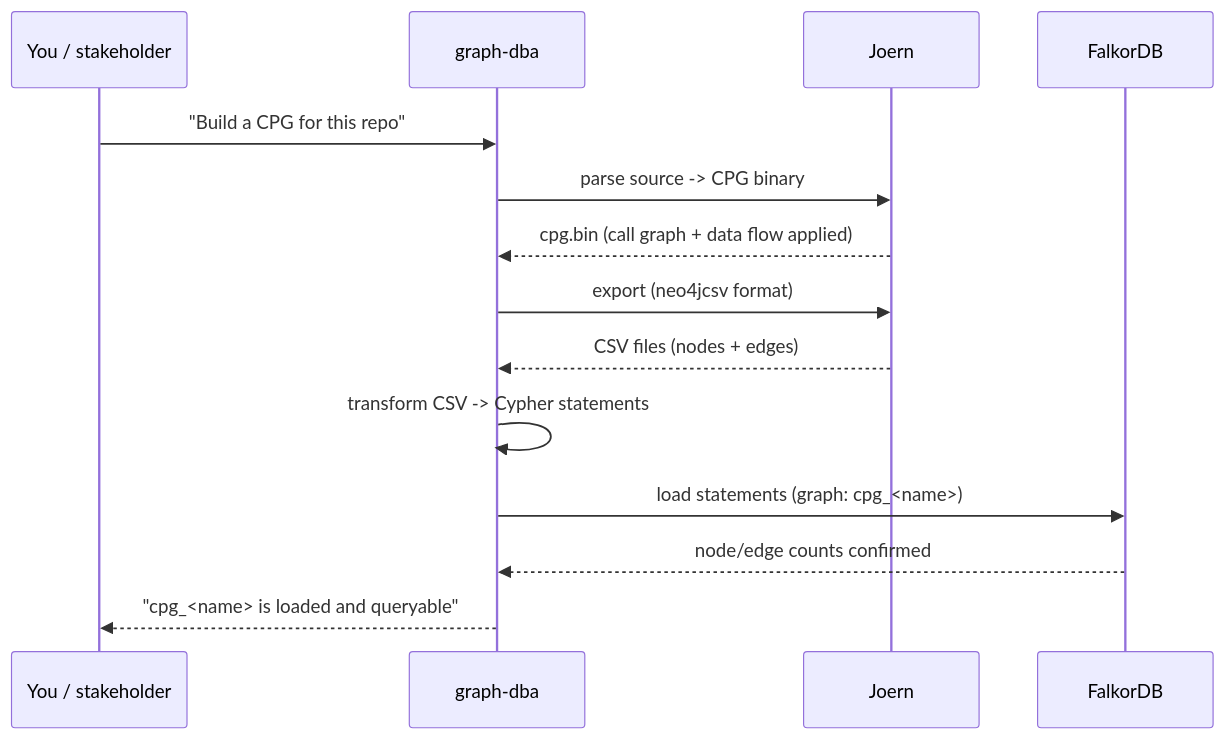
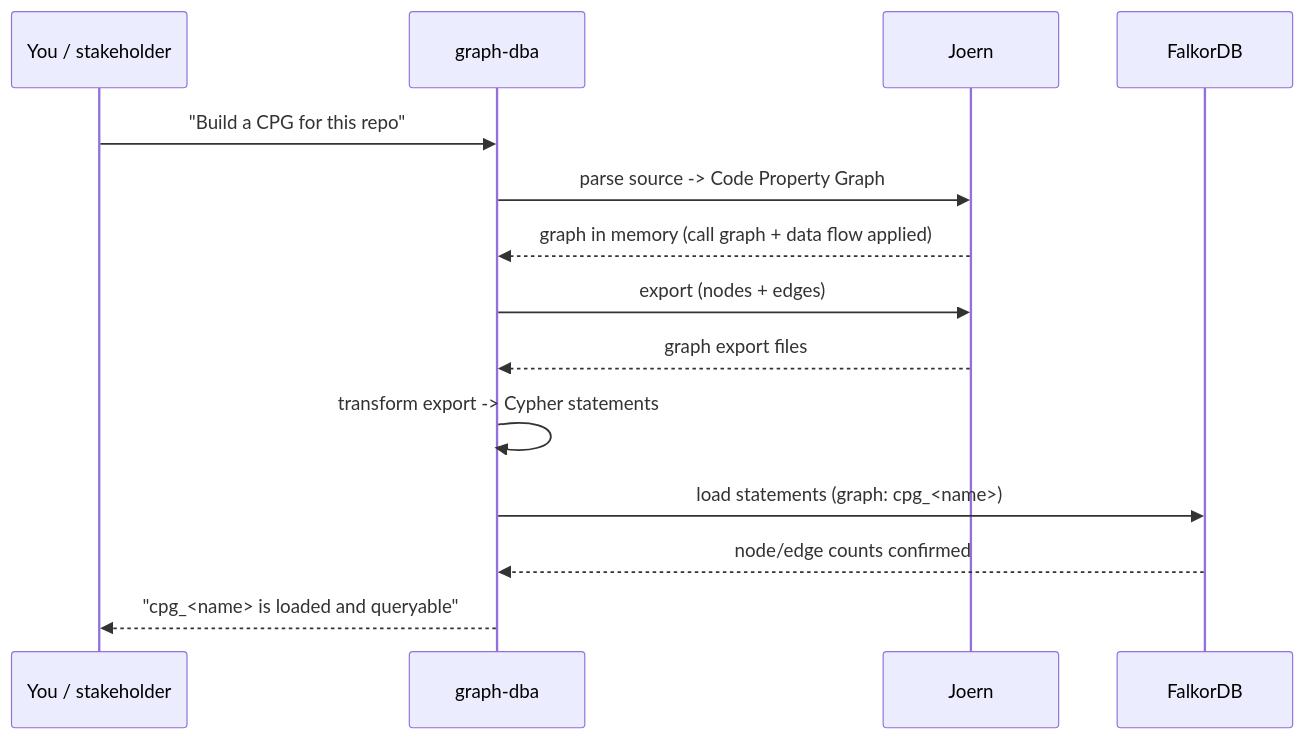
Before and after one commit to mauriciobs666/graphmind-ai-lab: the second of 3 diagrams in docs/manuals/cpg-getting-started.md, drawn with Mermaid. The commit also changed other lines of this file, not shown here.

First line of the commit message:
docs(manuals): fold analyst + qa-engineer verification findings into CPG manual

````diff
--- a/docs/manuals/cpg-getting-started.md
+++ b/docs/manuals/cpg-getting-started.md
@@ -81,17 +83,17 @@
 ```mermaid
 sequenceDiagram
     participant You as You / stakeholder
     participant GDBA as graph-dba
     participant Joern
     participant FalkorDB
 
     You->>GDBA: "Build a CPG for this repo"
-    GDBA->>Joern: parse source -> CPG binary
-    Joern-->>GDBA: cpg.bin (call graph + data flow applied)
-    GDBA->>Joern: export (neo4jcsv format)
-    Joern-->>GDBA: CSV files (nodes + edges)
-    GDBA->>GDBA: transform CSV -> Cypher statements
+    GDBA->>Joern: parse source -> Code Property Graph
+    Joern-->>GDBA: graph in memory (call graph + data flow applied)
+    GDBA->>Joern: export (nodes + edges)
+    Joern-->>GDBA: graph export files
+    GDBA->>GDBA: transform export -> Cypher statements
     GDBA->>FalkorDB: load statements (graph: cpg_<name>)
     FalkorDB-->>GDBA: node/edge counts confirmed
     GDBA-->>You: "cpg_<name> is loaded and queryable"
 ```
````
